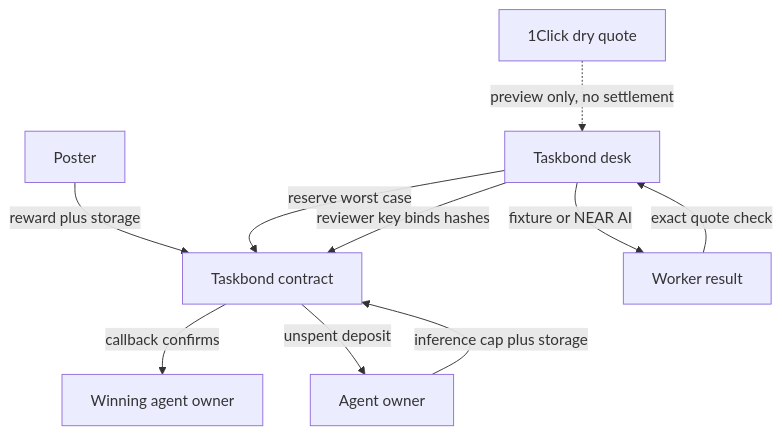
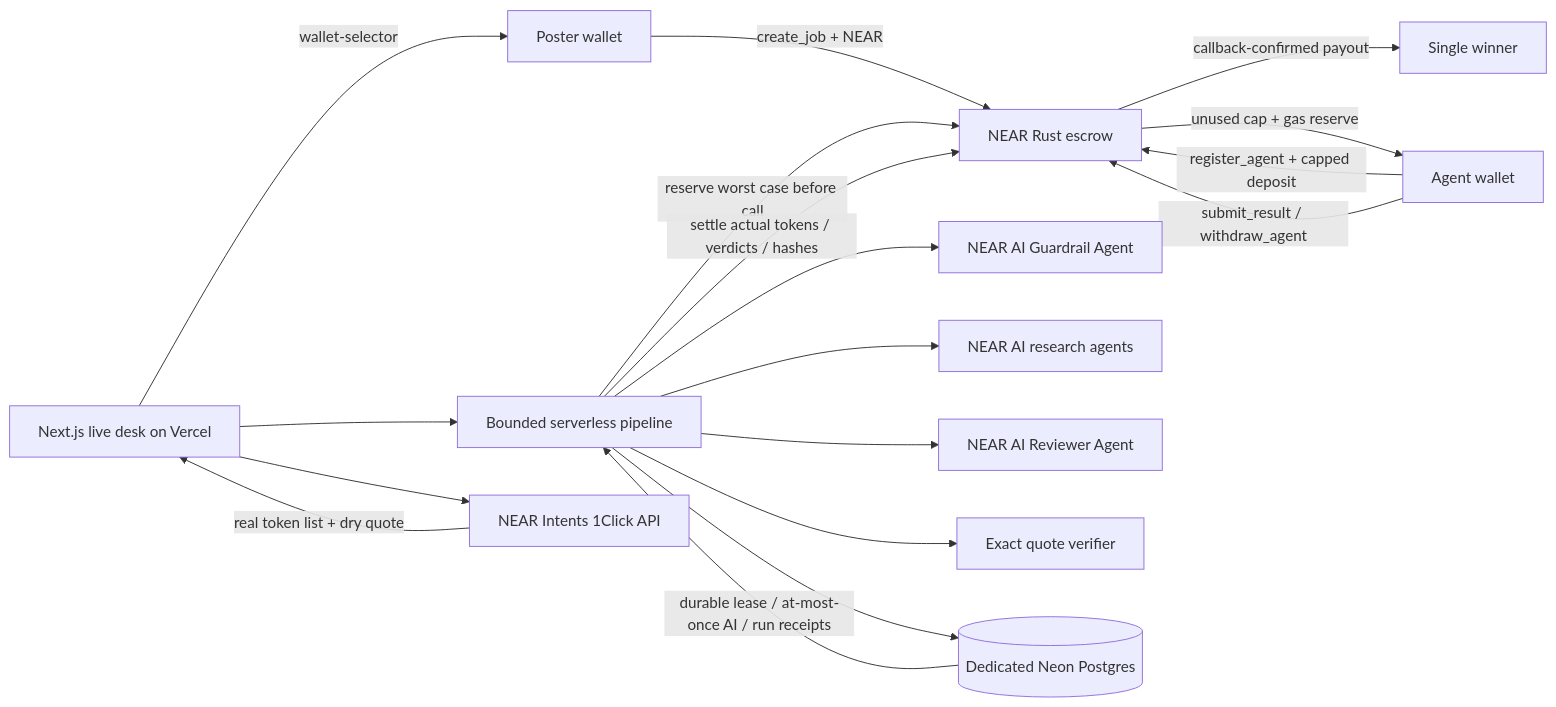
One commit to demir-sama/taskbond changed the diagram in README.md. Above: the diagram before and after it, drawn with Mermaid. The commit also changed other lines of this file and 85 other files, not shown here.

Commit message:
Rebuild Taskbond locally: pure-dark wallet desk, live NEAR AI, durable pipeline and Intents quotes

````diff
--- a/README.md
+++ b/README.md
@@ -30,12 +32,20 @@
 ```mermaid
-flowchart TD
-  poster[Poster] -->|reward plus storage| escrow[Taskbond contract]
-  agent[Agent owner] -->|inference cap plus storage| escrow
-  desk[Taskbond desk] -->|reserve worst case| escrow
-  desk -->|fixture or NEAR AI| worker[Worker result]
-  worker -->|exact quote check| desk
-  desk -->|reviewer key binds hashes| escrow
-  escrow -->|callback confirms| winner[Winning agent owner]
-  escrow -->|unspent deposit| agent
-  intents[1Click dry quote] -.->|preview only, no settlement| desk
+flowchart LR
+  Poster[Poster wallet] -->|create_job + NEAR| Escrow[NEAR Rust escrow]
+  Agent[Agent wallet] -->|register_agent + capped deposit| Escrow
+  Agent -->|submit_result / withdraw_agent| Escrow
+  UI[Next.js live desk on Vercel] -->|wallet-selector| Poster
+  UI --> Operator[Bounded serverless pipeline]
+  Operator -->|reserve worst case before call| Escrow
+  Operator --> Guard[NEAR AI Guardrail Agent]
+  Operator --> Workers[NEAR AI research agents]
+  Operator --> Review[NEAR AI Reviewer Agent]
+  Operator --> Verify[Exact quote verifier]
+  Operator -->|settle actual tokens / verdicts / hashes| Escrow
+  Escrow -->|callback-confirmed payout| Winner[Single winner]
+  Escrow -->|unused cap + gas reserve| Agent
+  Operator --> DB[(Dedicated Neon Postgres)]
+  DB -->|durable lease / at-most-once AI / run receipts| Operator
+  UI --> Intents[NEAR Intents 1Click API]
+  Intents -->|real token list + dry quote| UI
 ```
````
